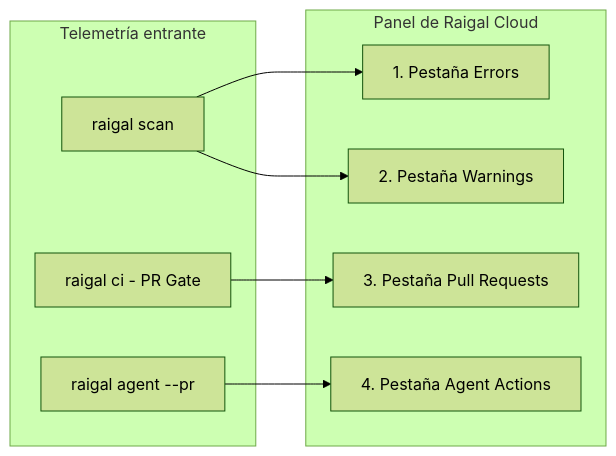
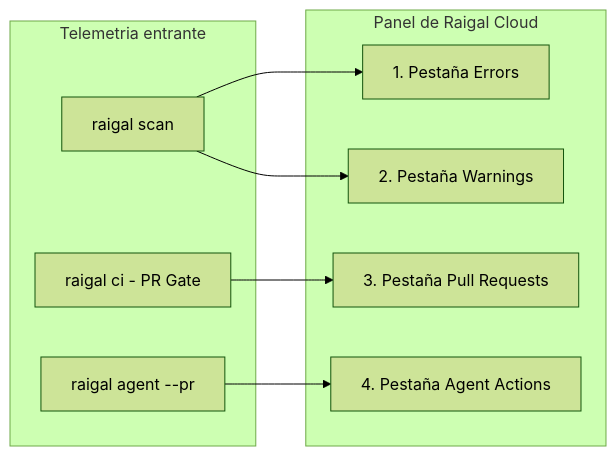
Before and after one commit to meethiu/raigal-docs: the diagram in espanol/documentacion-espanol/plataforma-cloud/tablero.md, drawn with Mermaid (forest theme). The commit also changed other lines of this file and 21 other files, not shown here.

````diff
--- a/espanol/documentacion-espanol/plataforma-cloud/tablero.md
+++ b/espanol/documentacion-espanol/plataforma-cloud/tablero.md
@@ -10,20 +10,20 @@
 ```mermaid
 graph LR
-    subgraph Telemetría entrante
+    subgraph Telemetria entrante
         Scan[raigal scan]
         CI[raigal ci - PR Gate]
         Agent[raigal agent --pr]
     end
 
     subgraph Panel de Raigal Cloud
         Stage1[1. Pestaña Errors]
         Stage2[2. Pestaña Warnings]
         Stage3[3. Pestaña Pull Requests]
         Stage4[4. Pestaña Agent Actions]
     end
 
     Scan --> Stage1
     Scan --> Stage2
     CI --> Stage3
     Agent --> Stage4
 ```
````
